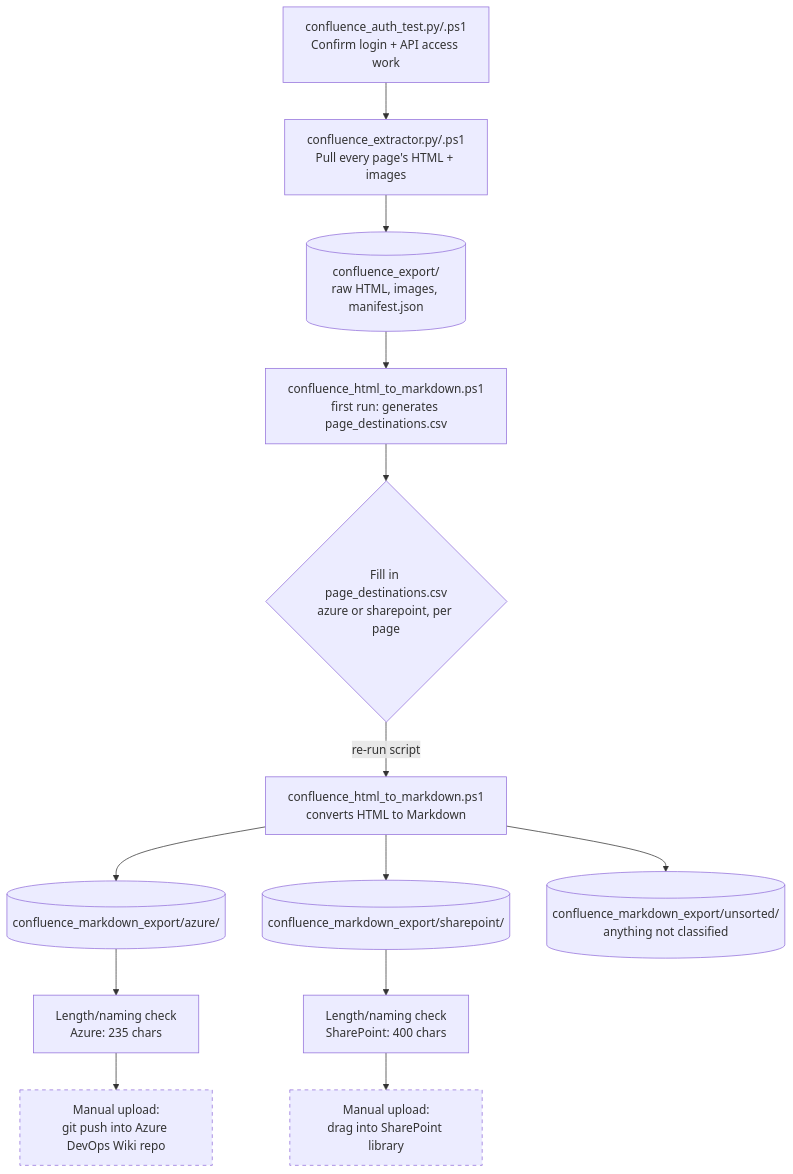
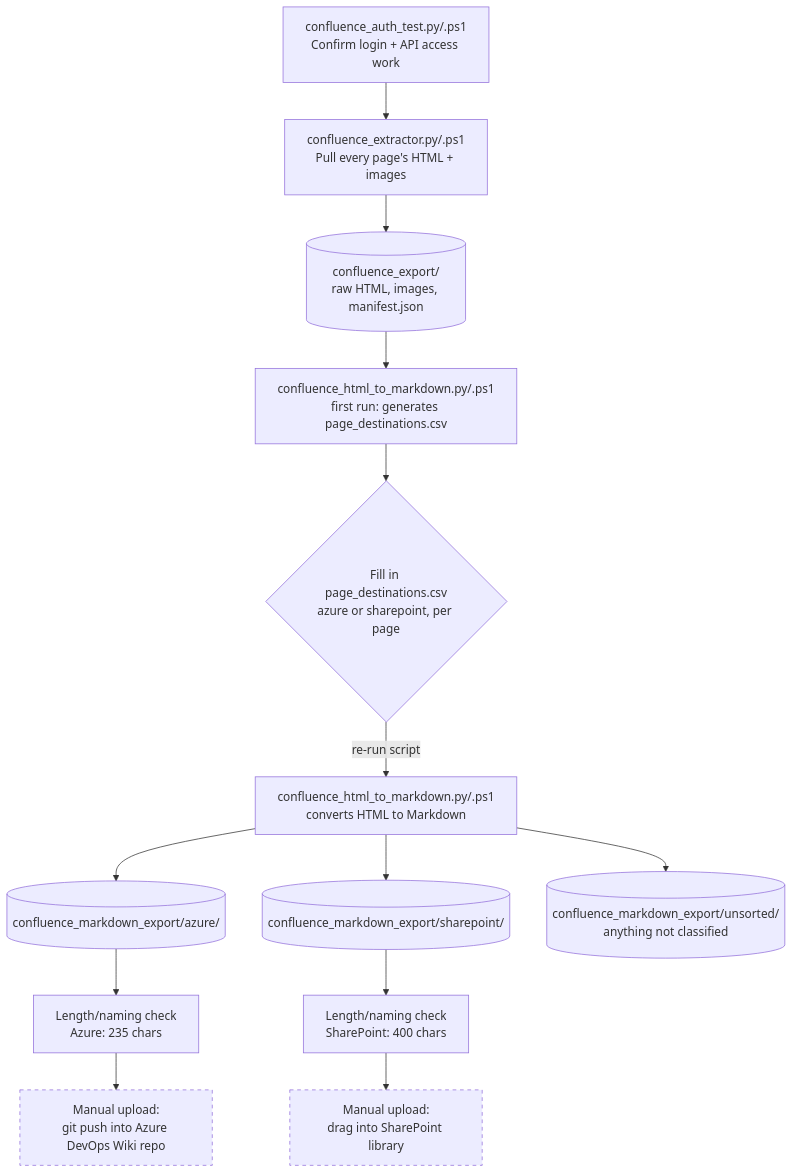
Before and after one commit to DCodeAus/AtlassianConfluenceScraping: the diagram in HowThisWorks.md, drawn with Mermaid. The commit also changed other lines of this file and 8 other files, not shown here.

````diff
--- a/HowThisWorks.md
+++ b/HowThisWorks.md
@@ -5,27 +5,27 @@
 ```mermaid
 flowchart TD
     A[confluence_auth_test.py/.ps1<br/>Confirm login + API access work] --> B
 
     B[confluence_extractor.py/.ps1<br/>Pull every page's HTML + images] --> C
 
     C[(confluence_export/<br/>raw HTML, images, manifest.json)] --> D
 
-    D[confluence_html_to_markdown.ps1<br/>first run: generates page_destinations.csv] --> E
+    D[confluence_html_to_markdown.py/.ps1<br/>first run: generates page_destinations.csv] --> E
 
     E{Fill in page_destinations.csv<br/>azure or sharepoint, per page}
 
-    E -->|re-run script| F[confluence_html_to_markdown.ps1<br/>converts HTML to Markdown]
+    E -->|re-run script| F[confluence_html_to_markdown.py/.ps1<br/>converts HTML to Markdown]
 
     F --> G[(confluence_markdown_export/azure/)]
     F --> H[(confluence_markdown_export/sharepoint/)]
     F --> I[(confluence_markdown_export/unsorted/<br/>anything not classified)]
 
     G --> J[Length/naming check<br/>Azure: 235 chars]
     H --> K[Length/naming check<br/>SharePoint: 400 chars]
 
     J --> L[Manual upload:<br/>git push into Azure DevOps Wiki repo]
     K --> M[Manual upload:<br/>drag into SharePoint library]
 
     style L stroke-dasharray: 5 5
     style M stroke-dasharray: 5 5
 ```
````
